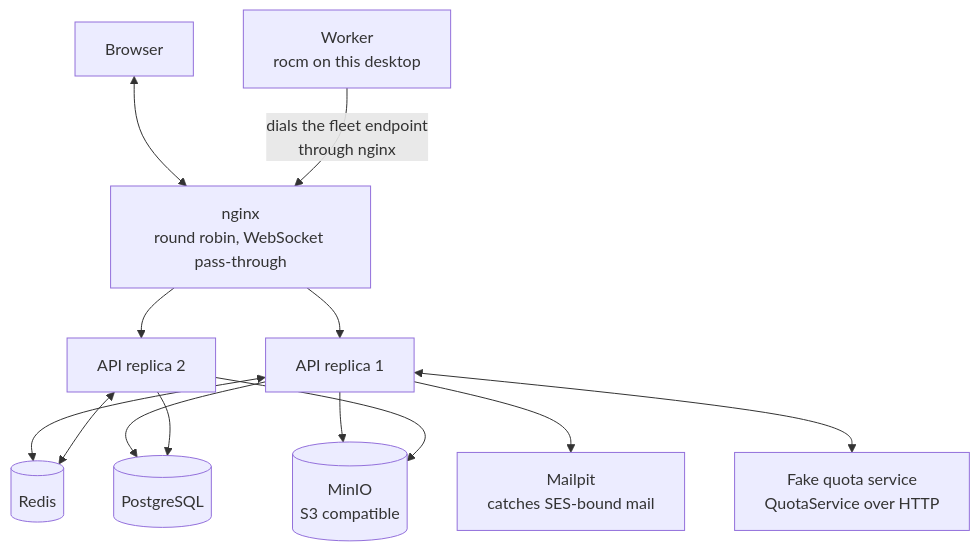
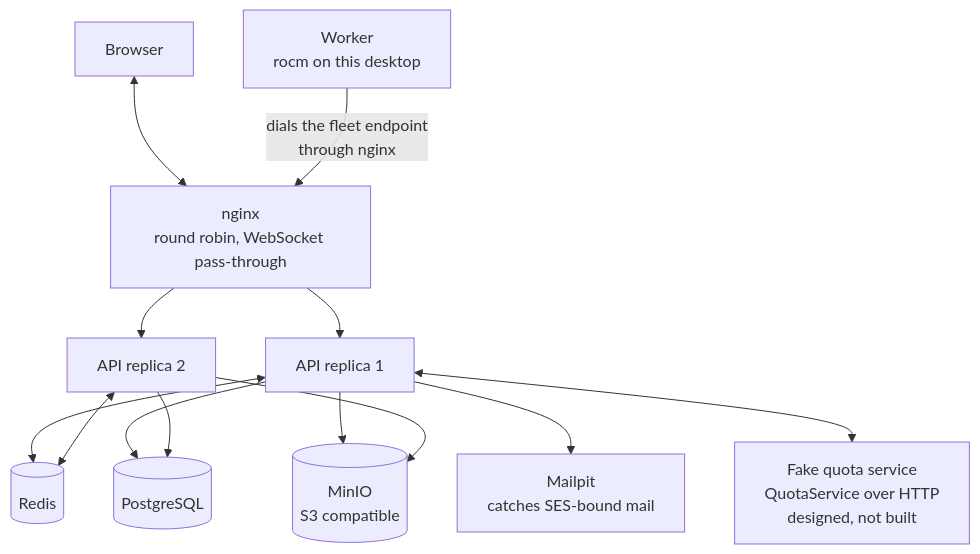
Before and after one commit to Portocolom-Studio/potocolom: the second of 4 diagrams in docs/local-development.md, drawn with Mermaid. The commit also changed other lines of this file and 5 other files, not shown here.

````diff
--- a/docs/local-development.md
+++ b/docs/local-development.md
@@ -203,25 +203,25 @@
 ```mermaid
 flowchart TB
     B["Browser"]
     N["nginx<br>round robin, WebSocket pass-through"]
     A1["API replica 1"]
     A2["API replica 2"]
     R[("Redis")]
     P[("PostgreSQL")]
     M[("MinIO<br>S3 compatible")]
     MP["Mailpit<br>catches SES-bound mail"]
-    Q["Fake quota service<br>QuotaService over HTTP"]
+    Q["Fake quota service<br>QuotaService over HTTP<br>designed, not built"]
     W["Worker<br>rocm on this desktop"]
     B <--> N
     N --> A1
     N --> A2
     A1 <--> R
     A2 <--> R
     A1 --> P
     A2 --> P
     A1 --> M
     A2 --> M
     A1 --> MP
     A1 <--> Q
     W -->|"dials the fleet endpoint<br>through nginx"| N
 ```
````
